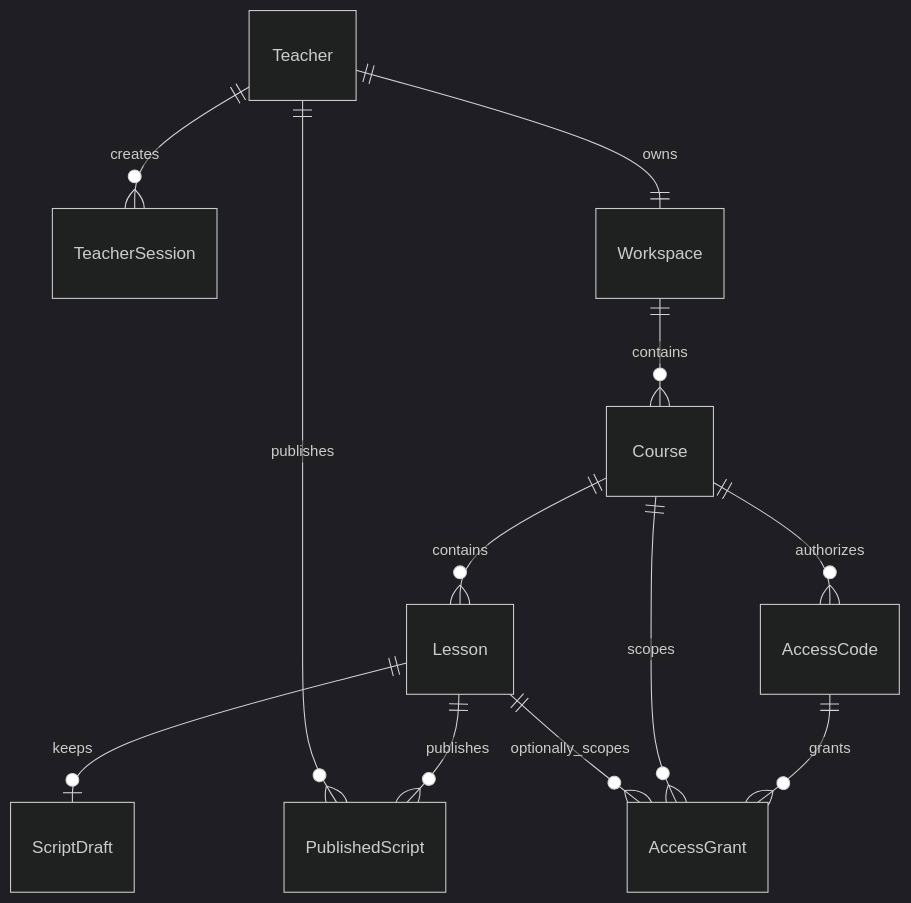
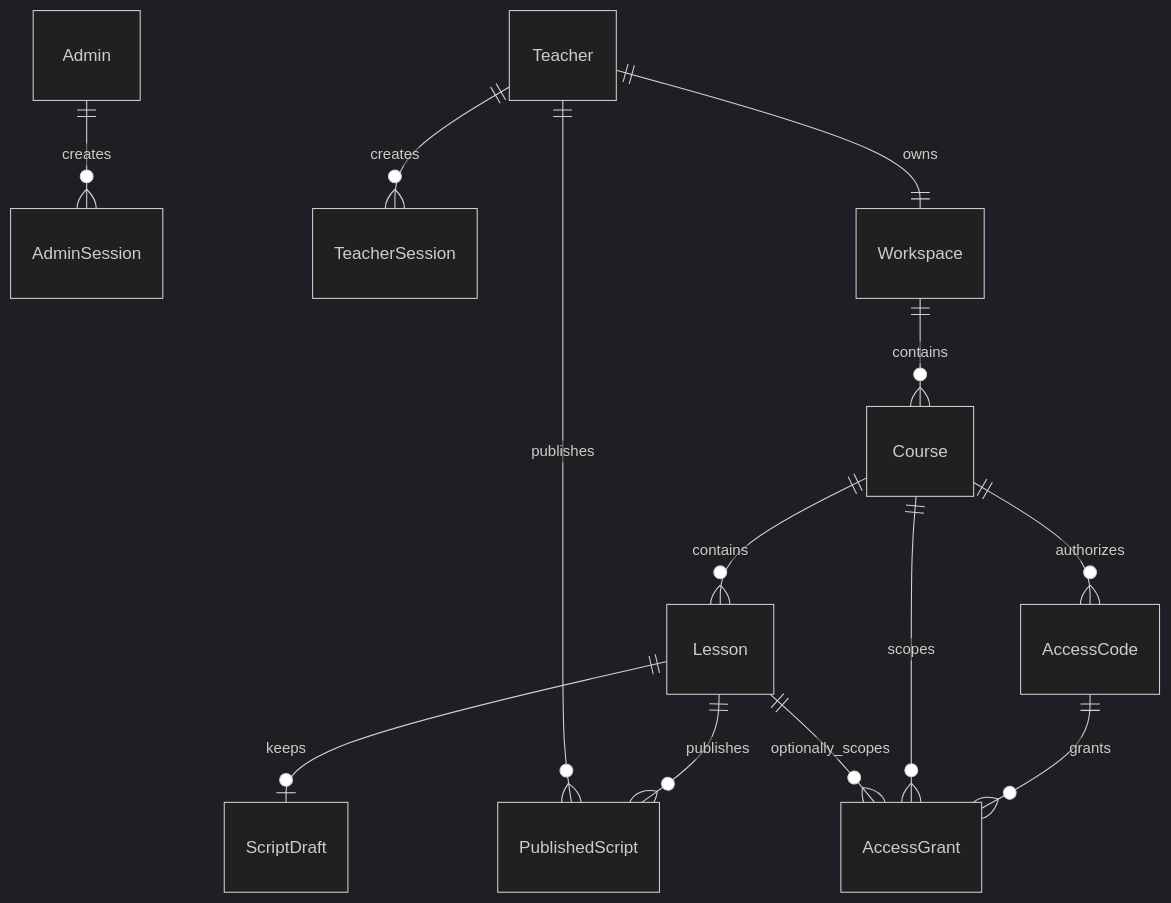
One commit to xiaobaiworld/lessonpilot changed the first of 2 diagrams in doc/data/model.md. Above: the diagram before and after it, drawn with Mermaid (dark theme). The commit also changed other lines of this file and 9 other files, not shown here.

````diff
--- a/doc/data/model.md
+++ b/doc/data/model.md
@@ -14,14 +14,15 @@
 ```mermaid
 erDiagram
+  Admin ||--o{ AdminSession : creates
   Teacher ||--o{ TeacherSession : creates
   Teacher ||--|| Workspace : owns
   Workspace ||--o{ Course : contains
   Course ||--o{ Lesson : contains
   Lesson ||--o| ScriptDraft : keeps
   Lesson ||--o{ PublishedScript : publishes
   Teacher ||--o{ PublishedScript : publishes
   Course ||--o{ AccessCode : authorizes
   AccessCode ||--o{ AccessGrant : grants
   Course ||--o{ AccessGrant : scopes
   Lesson ||--o{ AccessGrant : optionally_scopes
 ```
````
